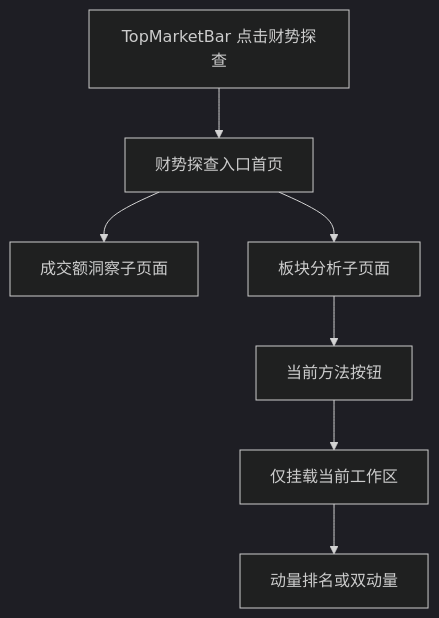
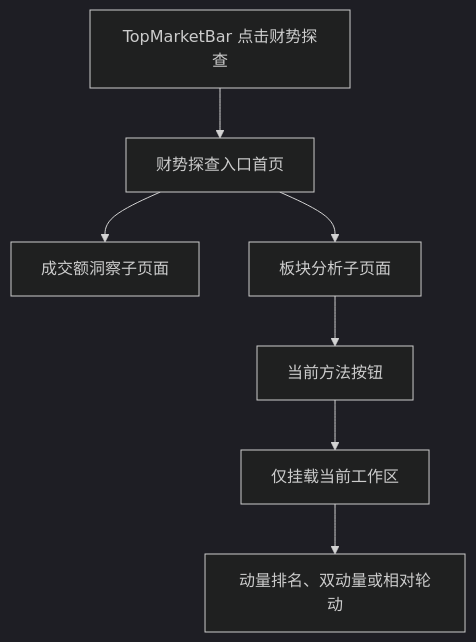
Before and after one commit to chiuser/goldenshare: the first of 2 diagrams in wealth/docs/pages/wealth-exploration/sector-analysis-implementation-design-v1.md, drawn with Mermaid (dark theme). The commit also changed other lines of this file and 13 other files, not shown here.

````diff
--- a/wealth/docs/pages/wealth-exploration/sector-analysis-implementation-design-v1.md
+++ b/wealth/docs/pages/wealth-exploration/sector-analysis-implementation-design-v1.md
@@ -239,9 +276,9 @@
 ```mermaid
 flowchart TD
   A["TopMarketBar 点击财势探查"] --> B["财势探查入口首页"]
   B --> C["成交额洞察子页面"]
   B --> D["板块分析子页面"]
   D --> E["当前方法按钮"]
   E --> F["仅挂载当前工作区"]
-  F --> G["动量排名或双动量"]
+  F --> G["动量排名、双动量或相对轮动"]
 ```
````
